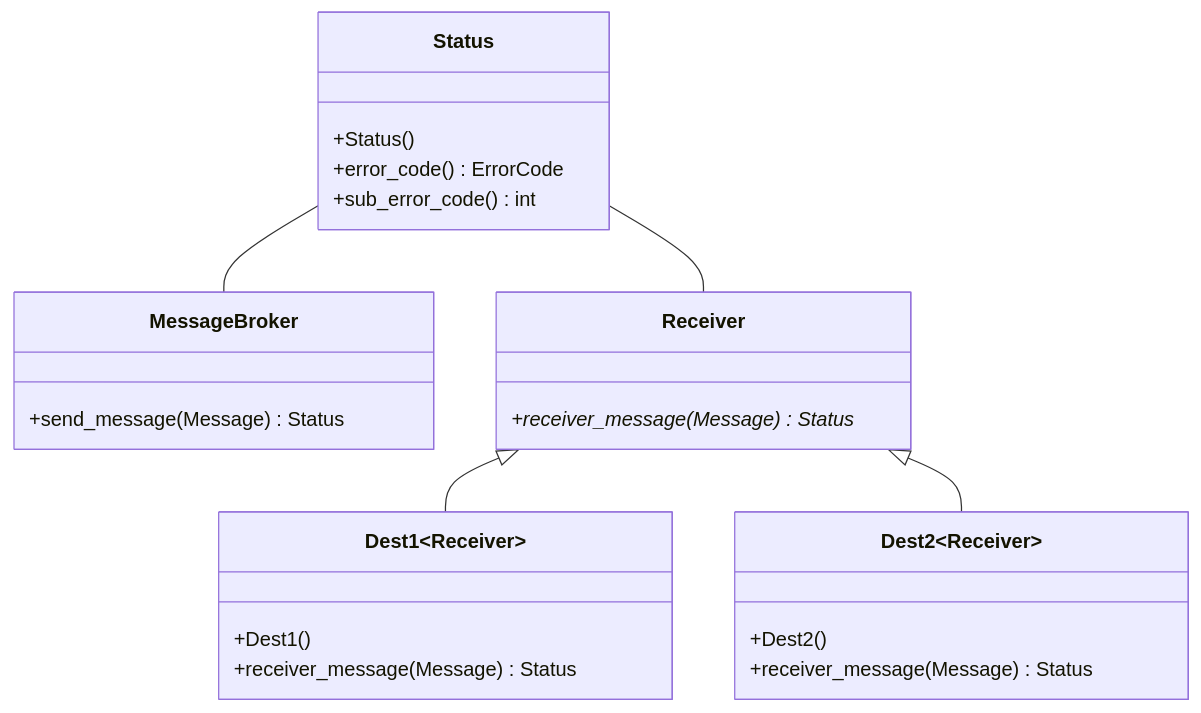
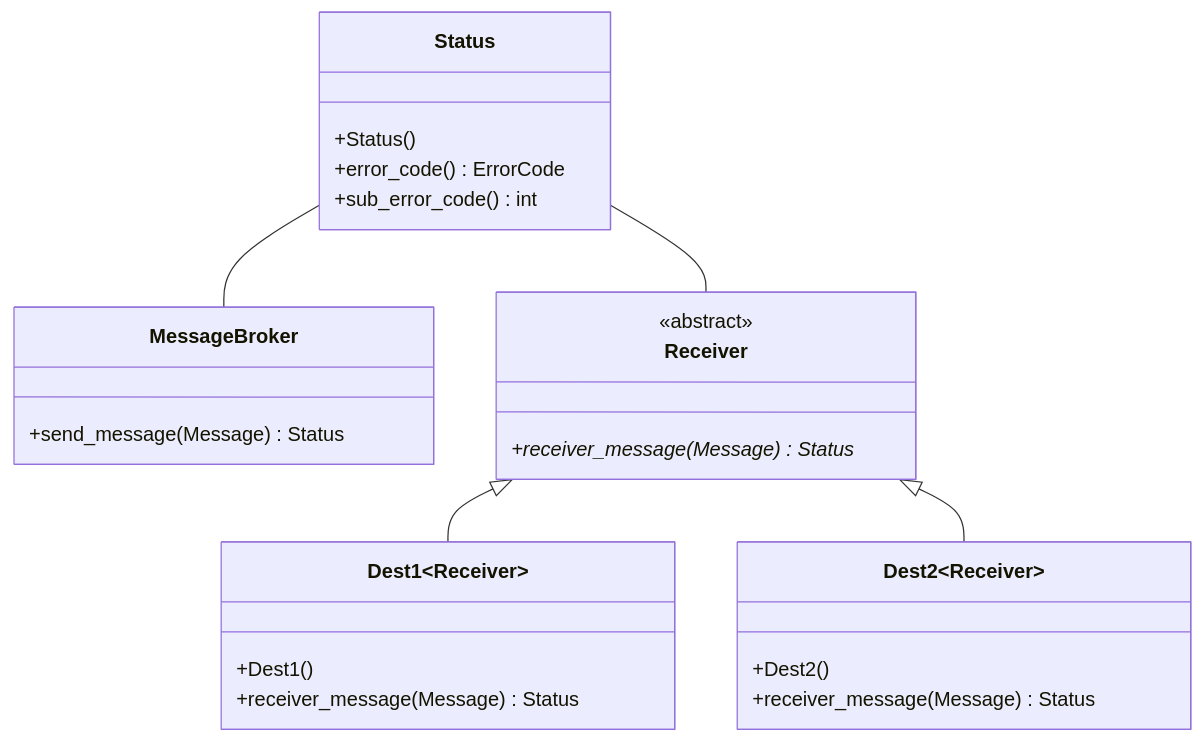
The third of 3 diagrams in message-broker/docs/message-broker.md (project-tsurugi/metadata-manager), drawn with Mermaid before and after one commit. The commit also changed other lines of this file, not shown here.

````diff
--- a/message-broker/docs/message-broker.md
+++ b/message-broker/docs/message-broker.md
@@ -60,33 +73,34 @@
 ```mermaid
 classDiagram
 
 class MessageBroker {
   +send_message(Message) Status
 }
 
 class Receiver {
+  <<abstract>>
   +receiver_message(Message)* Status
 }
 
 class Status {
   +Status()
   +error_code() ErrorCode
   +sub_error_code() int
 }
 
 class Dest1~Receiver~ {
   +Dest1()
   +receiver_message(Message) Status 
 }
 
 class Dest2~Receiver~ {
   +Dest2()
   +receiver_message(Message) Status 
 }
 
 Receiver <|-- Dest1
 Receiver <|-- Dest2
 Status -- MessageBroker
 Status -- Receiver
 
 ```
````
